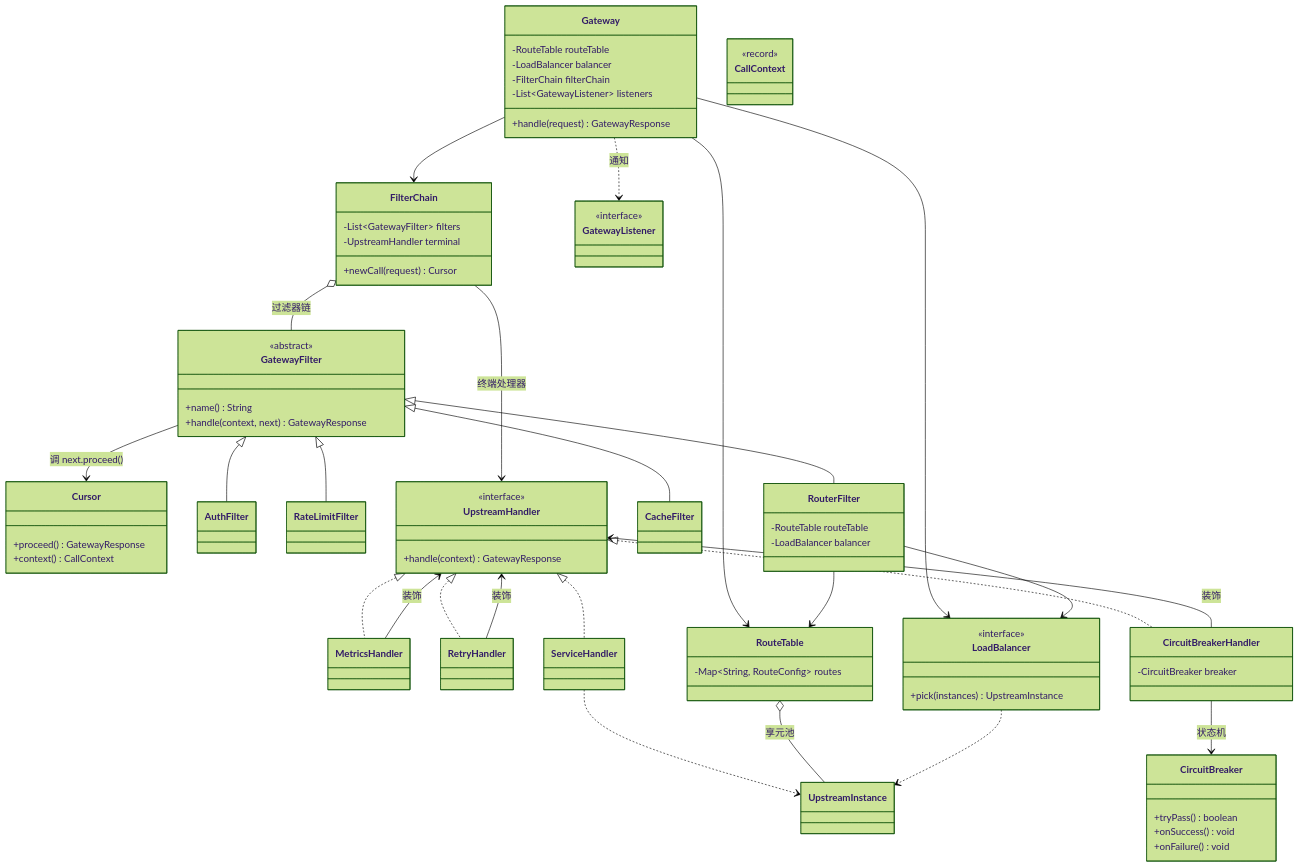
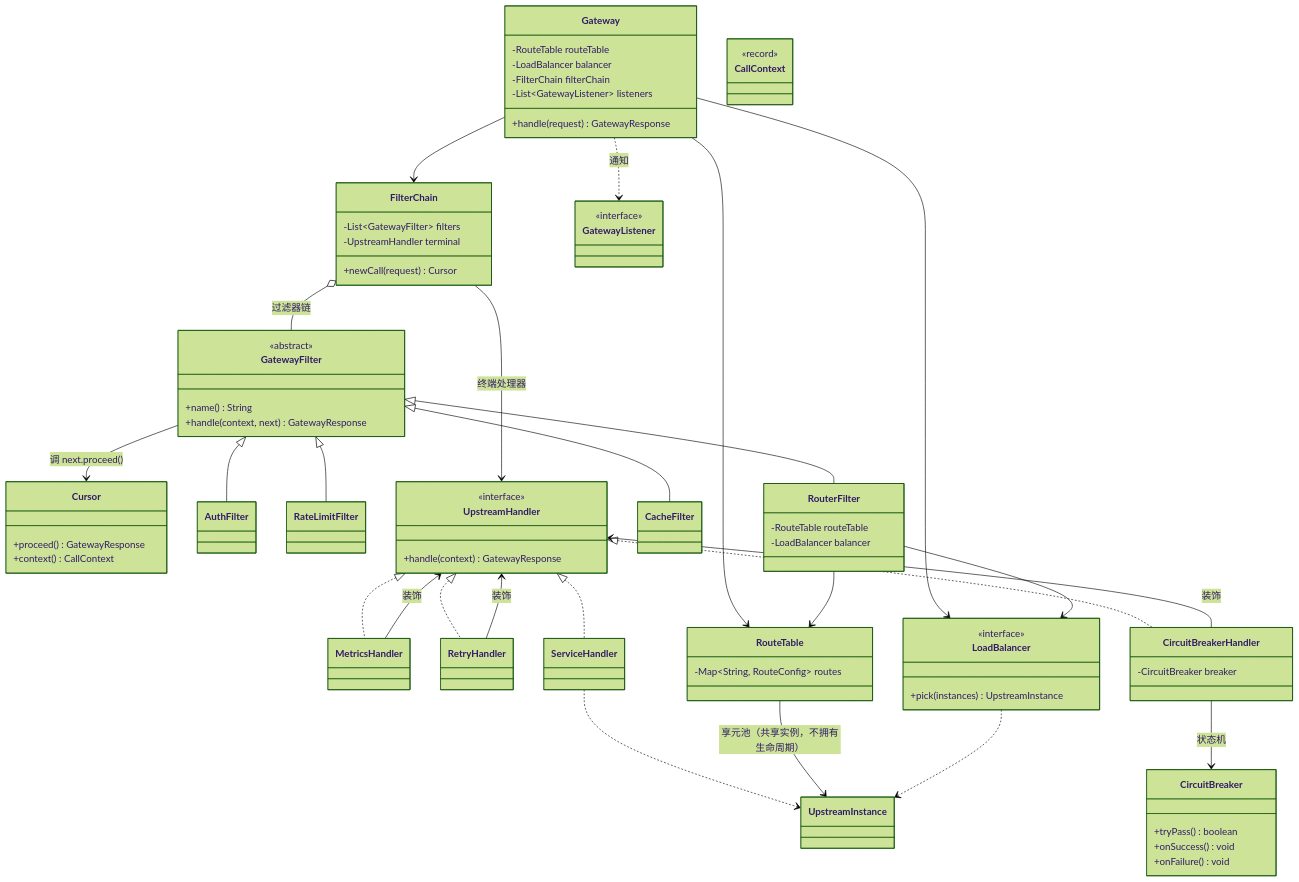
Before and after one commit to hglgh/design_patterns_pro: diagram 26 of 27 in docs/10-uml-atlas.md, drawn with Mermaid (forest theme). The commit also changed other lines of this file and 16 other files, not shown here.

````diff
--- a/docs/10-uml-atlas.md
+++ b/docs/10-uml-atlas.md
@@ -1338,7 +1361,7 @@
     ServiceHandler ..> UpstreamInstance
     RouterFilter --> RouteTable
     RouterFilter --> LoadBalancer
-    RouteTable o-- UpstreamInstance : 享元池
+    RouteTable --> UpstreamInstance : 享元池（共享实例，不拥有生命周期）
     Gateway ..> GatewayListener : 通知
     LoadBalancer ..> UpstreamInstance
 ```
````
